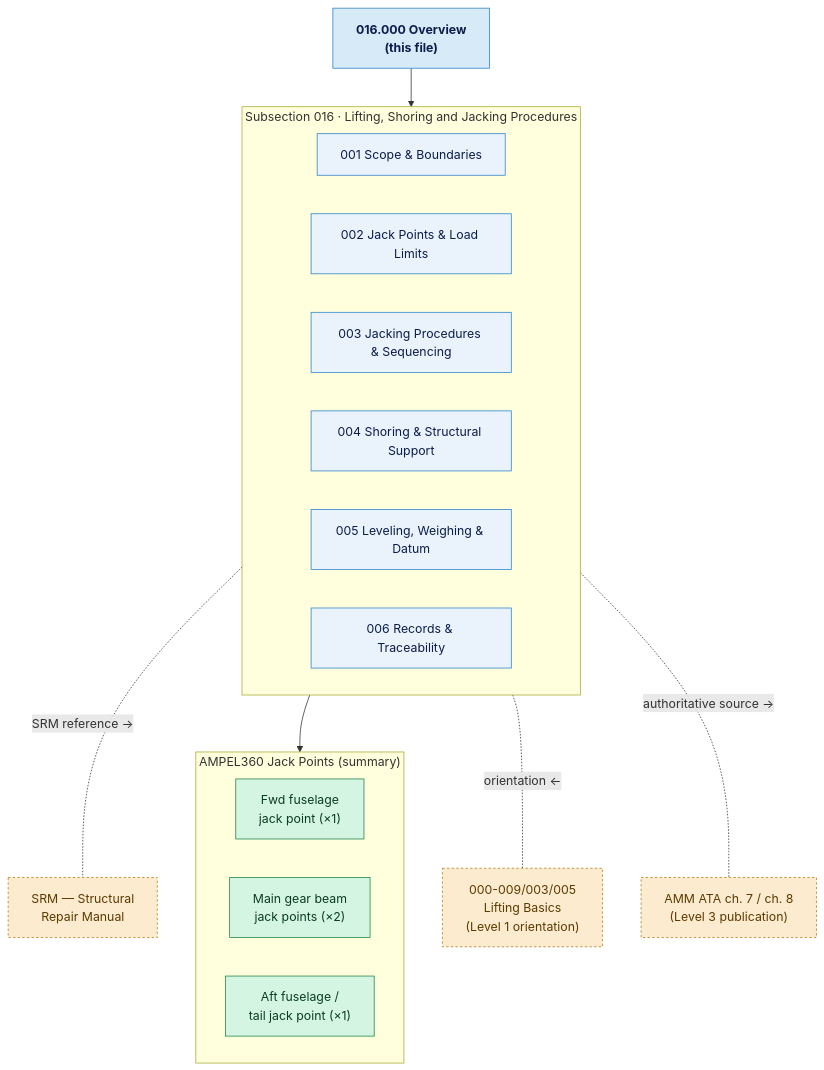
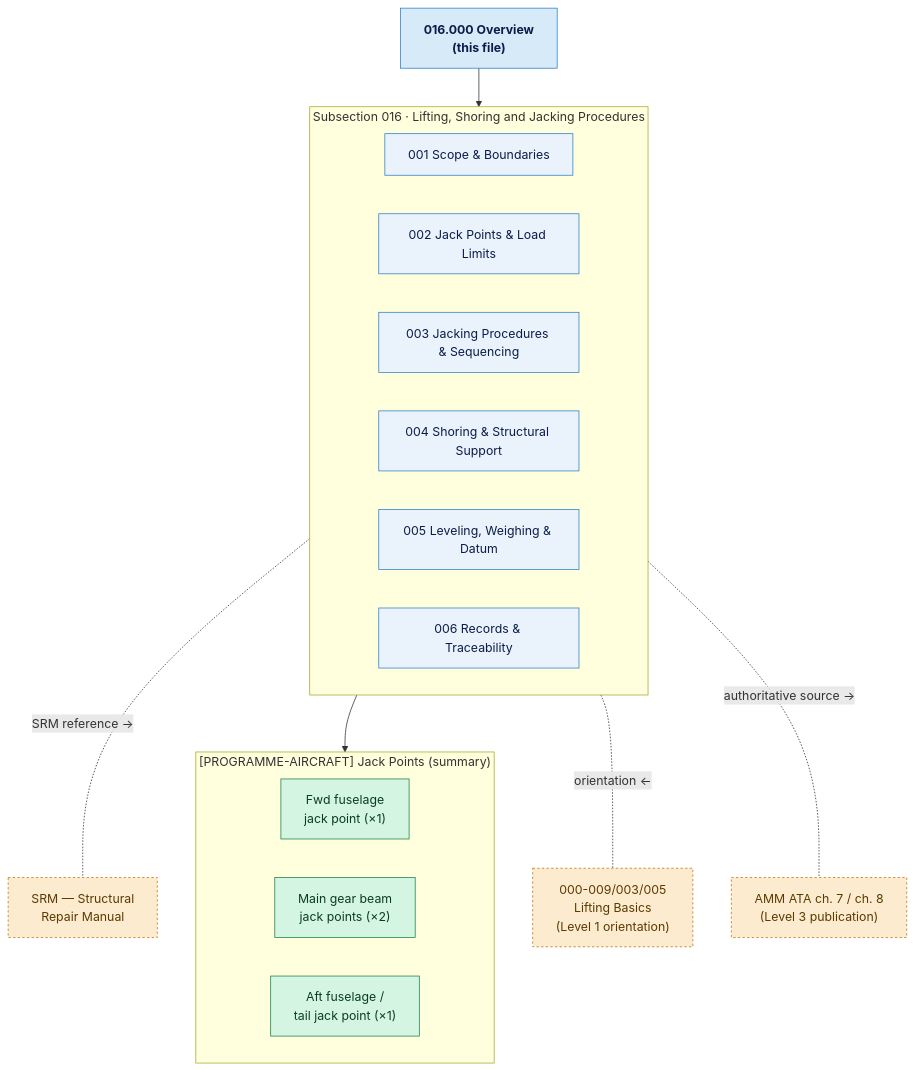
The diagram in Q+ATLANTIDE/000-099_ATLAS/010-019_Manejo-en-Tierra-Servicio/016_Lifting-Shoring-Jacking-Procedures/016-000-Lifting-Shoring-Jacking-Procedures-Overview.md (AmedeoPelliccia/Qplus-For-All-Queer-People-and-Quantum), drawn with Mermaid before and after one commit. The commit also changed other lines of this file and 676 other files, not shown here.

First line of the commit message:
feat: de-programmatize all ATLAS standard files — remove AMPEL360E/eWTW programme content

````diff
--- a/Q+ATLANTIDE/000-099_ATLAS/010-019_Manejo-en-Tierra-Servicio/016_Lifting-Shoring-Jacking-Procedures/016-000-Lifting-Shoring-Jacking-Procedures-Overview.md
+++ b/Q+ATLANTIDE/000-099_ATLAS/010-019_Manejo-en-Tierra-Servicio/016_Lifting-Shoring-Jacking-Procedures/016-000-Lifting-Shoring-Jacking-Procedures-Overview.md
@@ -91,37 +93,37 @@
 ```mermaid
 flowchart TB
     OV["016.000 Overview<br/>(this file)"]:::ov
 
     subgraph SS016["Subsection 016 · Lifting, Shoring and Jacking Procedures"]
         direction LR
         S001["001 Scope & Boundaries"]:::sub
         S002["002 Jack Points & Load Limits"]:::sub
         S003["003 Jacking Procedures & Sequencing"]:::sub
         S004["004 Shoring & Structural Support"]:::sub
         S005["005 Leveling, Weighing & Datum"]:::sub
         S006["006 Records & Traceability"]:::sub
     end
 
     OV --> SS016
 
-    subgraph JACK["AMPEL360 Jack Points (summary)"]
+    subgraph JACK["[PROGRAMME-AIRCRAFT] Jack Points (summary)"]
         direction LR
         FWD["Fwd fuselage<br/>jack point (×1)"]:::jp
         MAIN["Main gear beam<br/>jack points (×2)"]:::jp
         AFT["Aft fuselage /<br/>tail jack point (×1)"]:::jp
     end
 
     S002 --> JACK
 
     EXT1["000-009/003/005<br/>Lifting Basics<br/>(Level 1 orientation)"]:::ext
     EXT2["AMM ATA ch. 7 / ch. 8<br/>(Level 3 publication)"]:::ext
     EXT3["SRM — Structural<br/>Repair Manual"]:::ext
     SS016 -. "orientation ←" .- EXT1
     SS016 -. "authoritative source →" .- EXT2
     S004 -. "SRM reference →" .- EXT3
 
     classDef ov fill:#d6eaf8,stroke:#2c82c9,color:#0b1d4a,font-weight:bold
     classDef sub fill:#eaf3fb,stroke:#2c82c9,color:#0b1d4a
     classDef jp fill:#d5f5e3,stroke:#1e8449,color:#0b3d20
     classDef ext fill:#fdebd0,stroke:#b9770e,color:#5a3b00,stroke-dasharray:3 3
 ```
````
